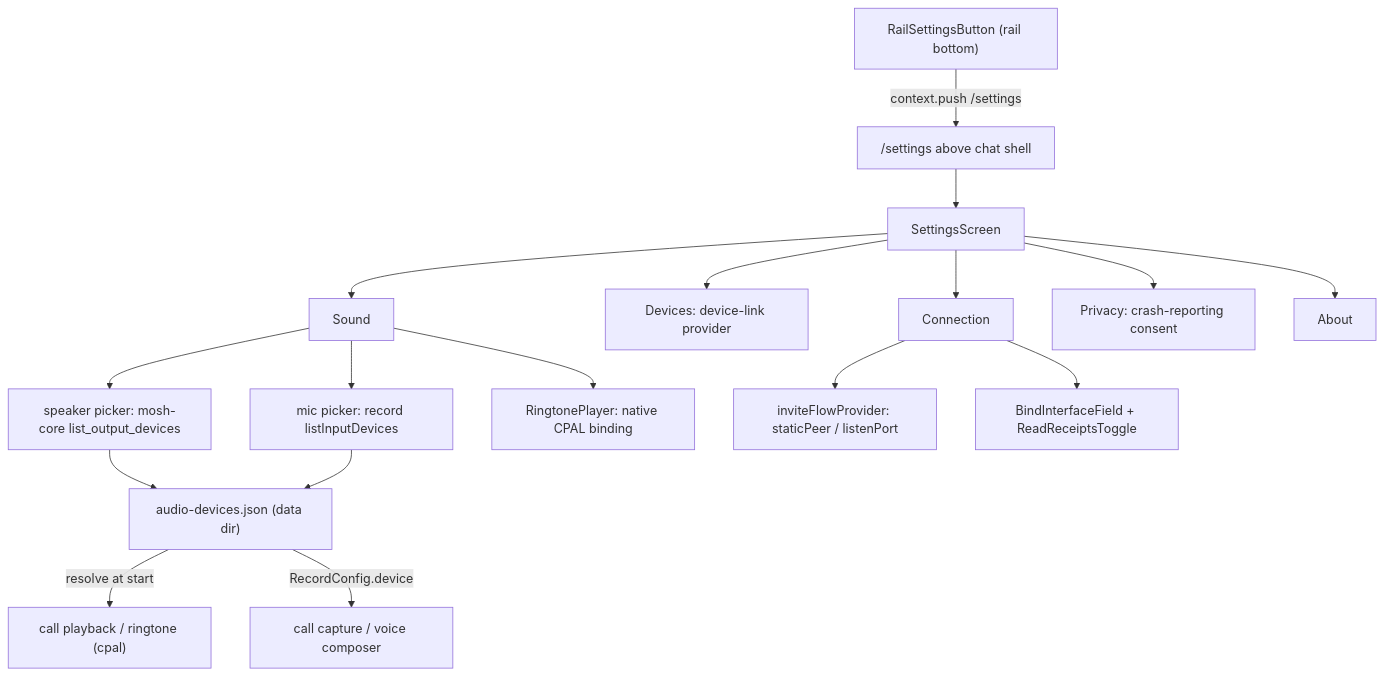
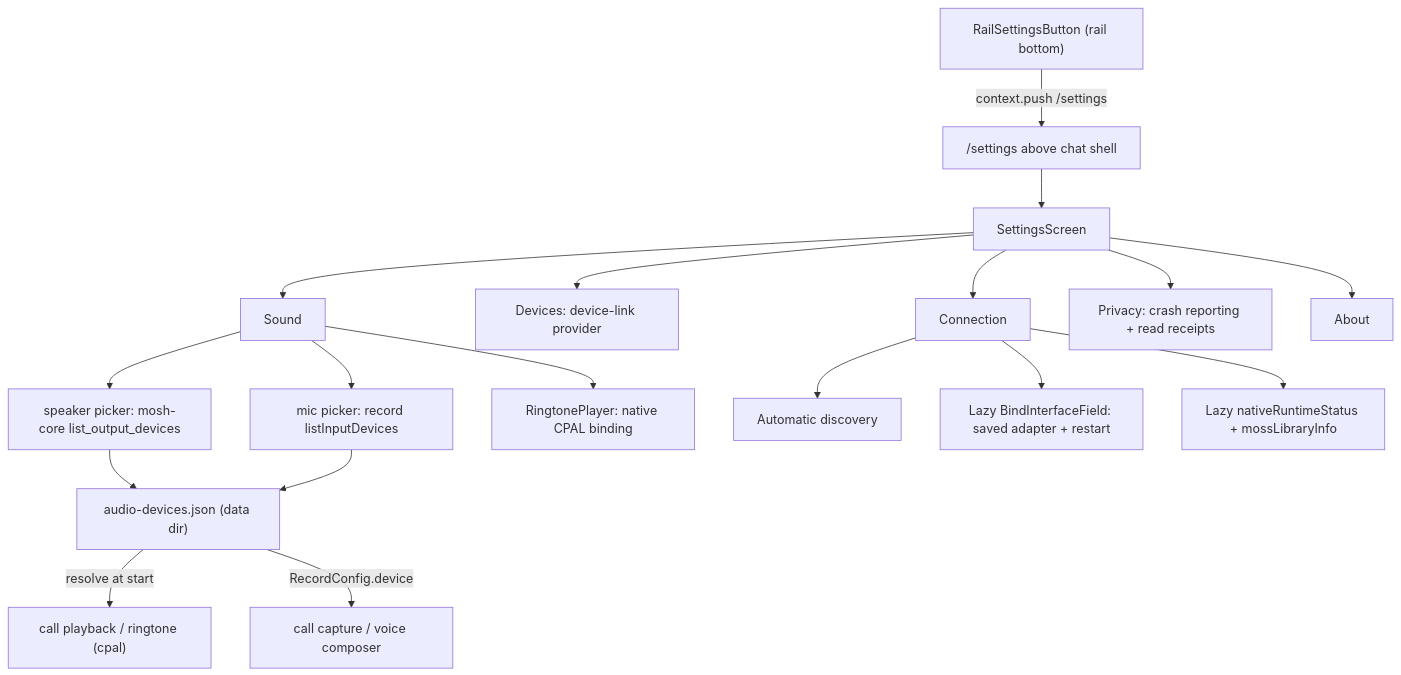
Diagram 22 of 25 in docs/Architecture.md (redstone-md/mosh-flutter), drawn with Mermaid before and after one commit. The commit also changed other lines of this file and 17 other files, not shown here.

Commit message:
feat(settings): redesign connection and move read receipts to privacy

````diff
--- a/docs/Architecture.md
+++ b/docs/Architecture.md
@@ -929,19 +929,20 @@
 ```mermaid
 flowchart TD
     Gear["RailSettingsButton (rail bottom)"] -->|context.push /settings| Route["/settings above chat shell"]
     Route --> Screen["SettingsScreen"]
     Screen --> Voice["Sound"]
     Screen --> Devices["Devices: device-link provider"]
     Screen --> Conn["Connection"]
-    Screen --> Privacy["Privacy: crash-reporting consent"]
+    Screen --> Privacy["Privacy: crash reporting + read receipts"]
     Screen --> About["About"]
     Voice --> Input["mic picker: record listInputDevices"]
     Voice --> Output["speaker picker: mosh-core list_output_devices"]
     Voice --> Test["RingtonePlayer: native CPAL binding"]
-    Conn --> InviteFlow["inviteFlowProvider: staticPeer / listenPort"]
-    Conn --> Bind["BindInterfaceField + ReadReceiptsToggle"]
+    Conn --> Discovery["Automatic discovery"]
+    Conn --> Bind["Lazy BindInterfaceField: saved adapter + restart"]
+    Conn --> Diagnostics["Lazy nativeRuntimeStatus + mossLibraryInfo"]
     Output --> Store["audio-devices.json (data dir)"]
     Input --> Store
     Store -->|resolve at start| Playback["call playback / ringtone (cpal)"]
     Store -->|RecordConfig.device| Capture["call capture / voice composer"]
 ```
````
